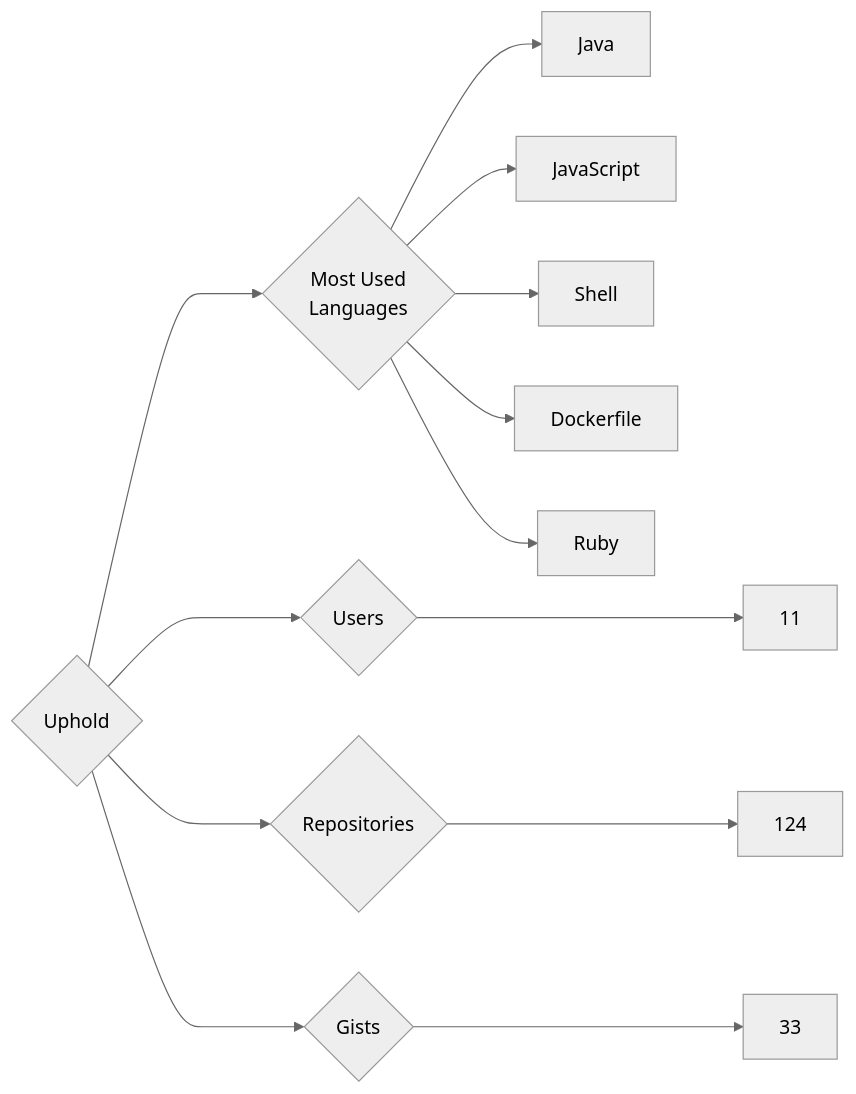
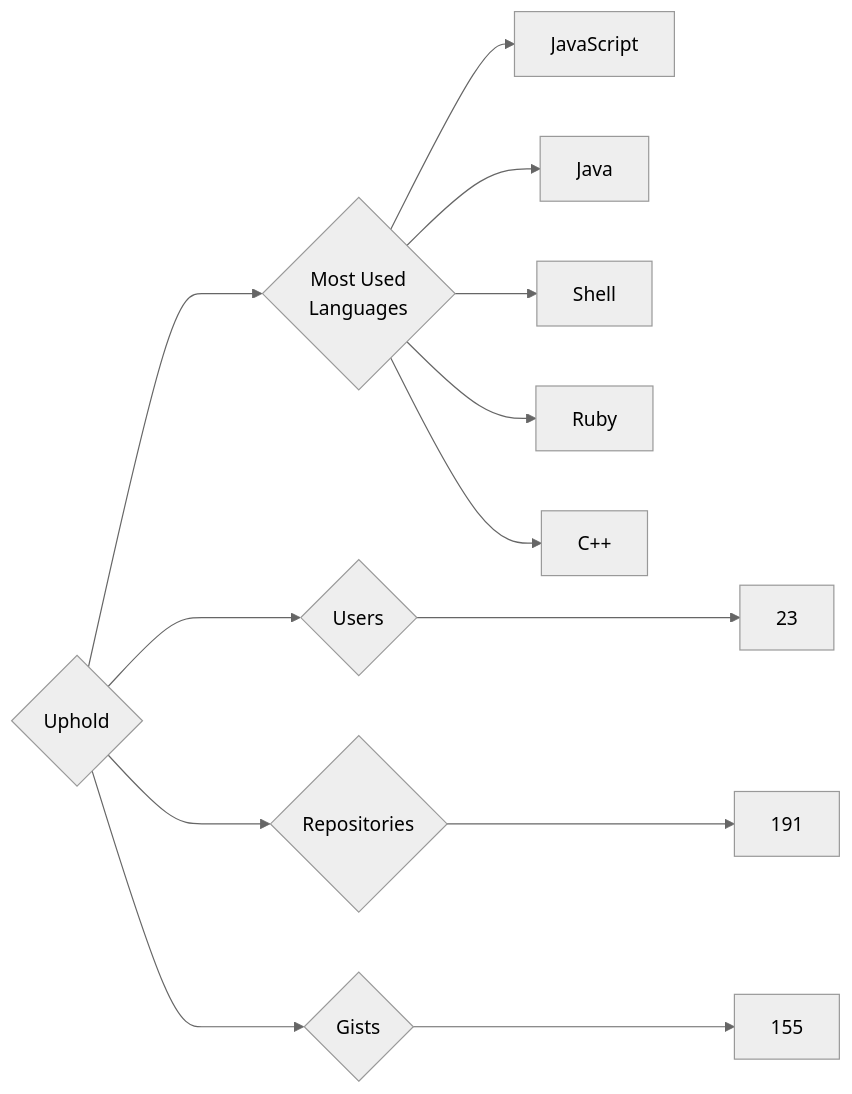
Before and after one commit to trickest/insiders: the diagram in targets/Uphold/README.md, drawn with Mermaid (neutral theme). The commit also changed 715 other files, not shown here.

````diff
--- a/targets/Uphold/README.md
+++ b/targets/Uphold/README.md
@@ -3,13 +3,13 @@
 ```mermaid
 graph LR
 COMPANY_NAME{Uphold}
-COMPANY_NAME ---> U{Users} ---> UN[11]
-COMPANY_NAME ---> R{Repositories} ---> RN[124]
-COMPANY_NAME ---> G{Gists} ---> GN[33]
+COMPANY_NAME ---> U{Users} ---> UN[23]
+COMPANY_NAME ---> R{Repositories} ---> RN[191]
+COMPANY_NAME ---> G{Gists} ---> GN[155]
 COMPANY_NAME ---> ML{Most Used<br>Languages}
+ML --> JavaScript[JavaScript]
 ML --> Java[Java]
-ML --> JavaScript[JavaScript]
 ML --> Shell[Shell]
-ML --> Dockerfile[Dockerfile]
 ML --> Ruby[Ruby]
+ML --> C++[C++]
 ```
````
